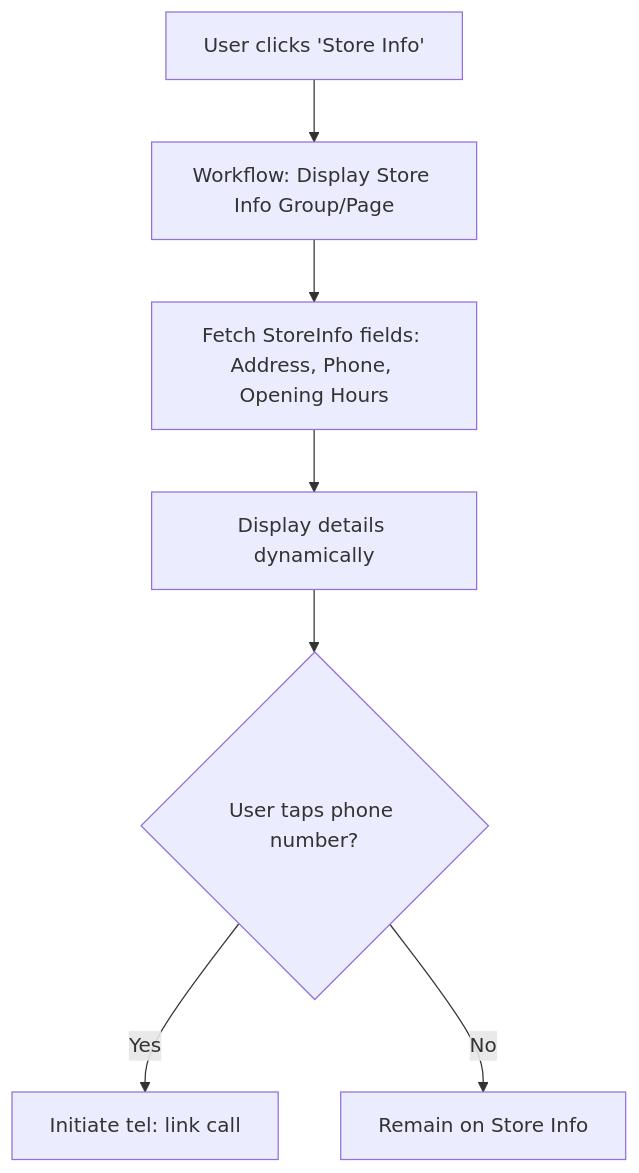
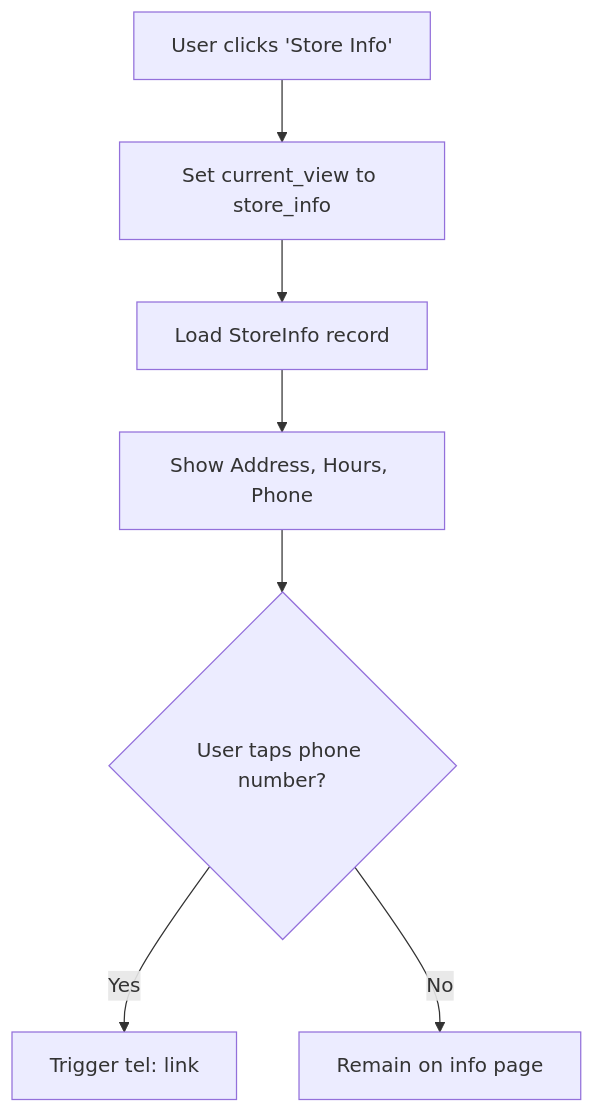
One commit to algosup/2024-2025-project-5-bubble-intermarche-team-5 changed the seventh of 14 diagrams in Documents/TechnicalSpecification/technicalSpecification.md. Above: the diagram before and after it, drawn with Mermaid. The commit also changed other lines of this file and 1 other file, not shown here.

````diff
--- a/Documents/TechnicalSpecification/technicalSpecification.md
+++ b/Documents/TechnicalSpecification/technicalSpecification.md
@@ -401,9 +704,9 @@
 ```mermaid
 flowchart TD
-    user_action[User clicks 'Store Info'] --> trigger_display[Workflow: Display Store Info Group/Page]
-    trigger_display --> fetch_info["Fetch StoreInfo fields: Address, Phone, Opening Hours"]
-    fetch_info --> display_info[Display details dynamically]
-    display_info --> call_action{User taps phone number?}
-    call_action -->|Yes| dial["Initiate tel: link call"]
-    call_action -->|No| remain[Remain on Store Info]
+    A[User clicks 'Store Info'] --> B[Set current_view to store_info]
+    B --> C[Load StoreInfo record]
+    C --> D[Show Address, Hours, Phone]
+    D --> E{User taps phone number?}
+    E -- Yes --> F[Trigger tel: link]
+    E -- No --> G[Remain on info page]
 ```
````
